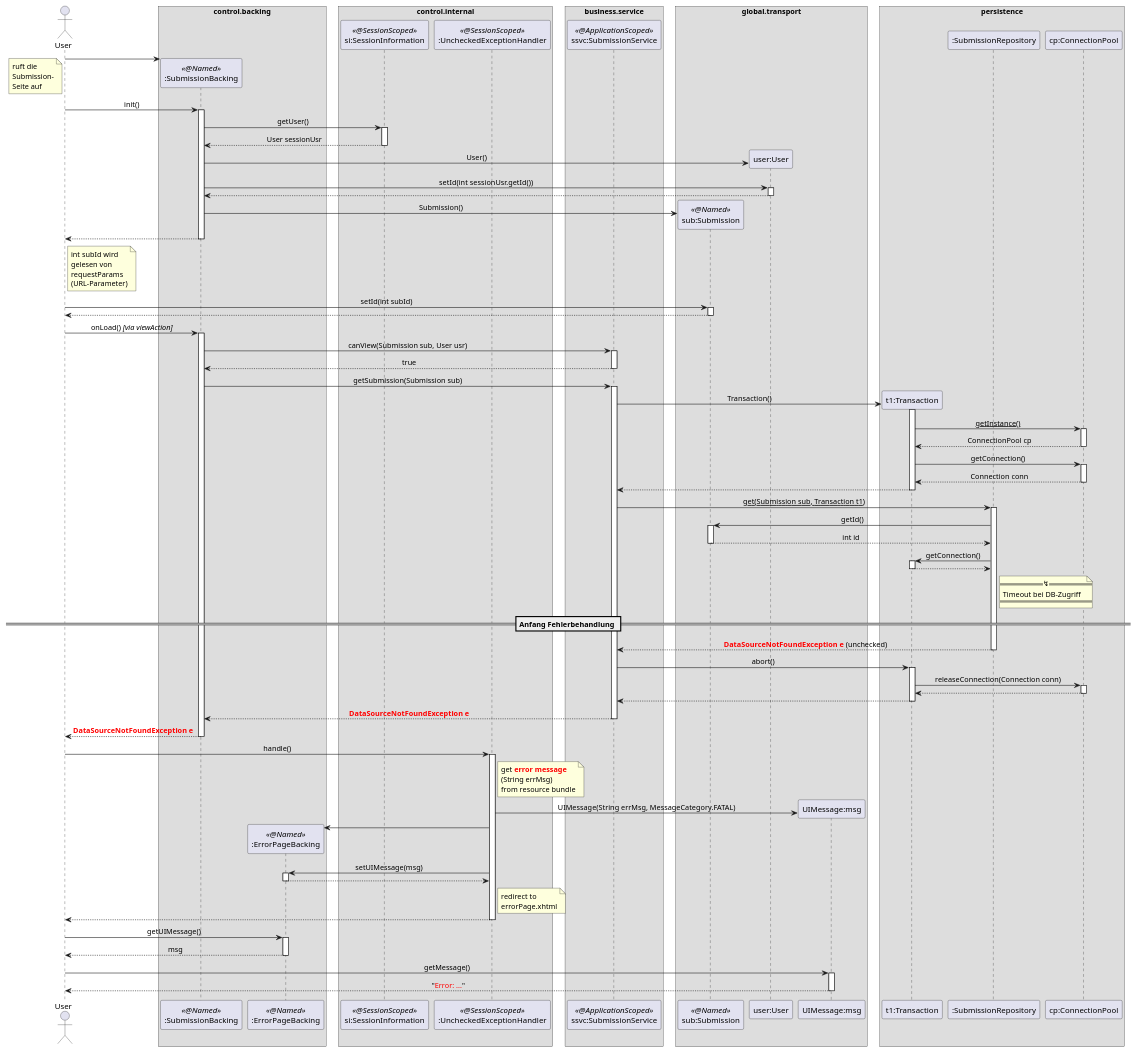
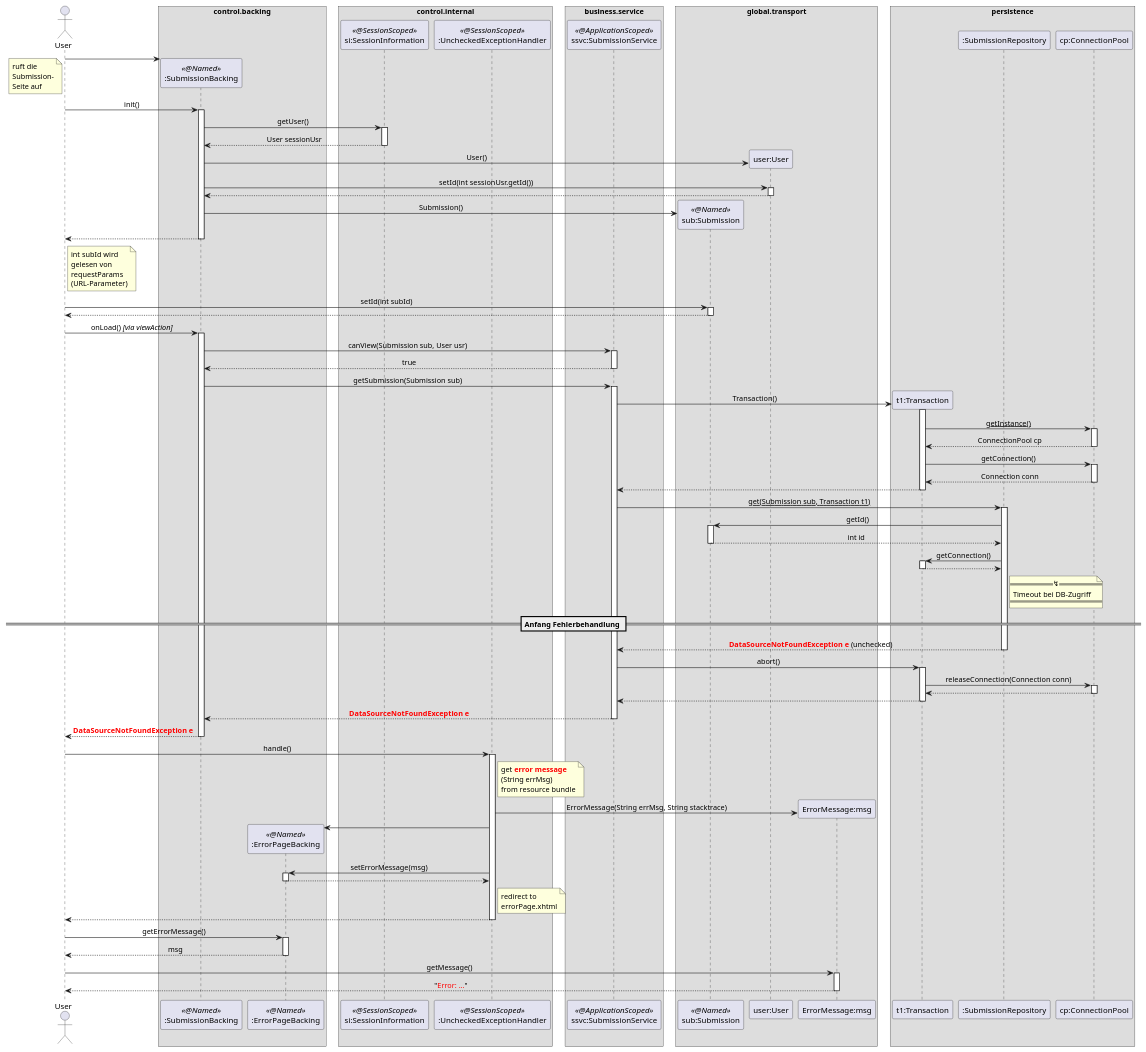
The diagram in docs/Feinspezi/puml/upload_revision_failure.puml (guersterst/LasEs), drawn with PlantUML before and after one commit.

Commit message:
UIMessage -> ErrorMessage

```diff
--- a/docs/Feinspezi/puml/upload_revision_failure.puml
+++ b/docs/Feinspezi/puml/upload_revision_failure.puml
@@ -1,138 +1,138 @@
 @startuml
 'https://plantuml.com/sequence-diagram
 
 '!theme aws-orange
 skinparam sequenceMessageAlign center
 skinparam BoxPadding 10
 'skinparam LifelineStrategy nosolid
 'autonumber
 'autoactivate on
 'hide footbox
 
 actor User as user
 
 box "control.backing"
     participant ":SubmissionBacking" as sb << @Named >>
     participant ":ErrorPageBacking" as epb << @Named >>
 end box
 'box "???"
 '    participant ":ResourceBundle" as rscBundle
 'end box
 box "control.internal"
     participant "si:SessionInformation" as si << @SessionScoped >>
     participant ":UncheckedExceptionHandler" as eh << @SessionScoped >>
 end box
 box "control.validation"
 end box
 box "business.service"
     participant "ssvc:SubmissionService" as ssvc << @ApplicationScoped >>
 end box
 box "global.transport"
     participant "sub:Submission" as sub << @Named >>
     participant "user:User" as usr
-    participant "UIMessage:msg" as msg
+    participant "ErrorMessage:msg" as msg
 end box
 box persistence
     participant "t1:Transaction" as t1
     participant ":SubmissionRepository" as sr
     participant "cp:ConnectionPool" as cp
 end box
 
 create sb
 user -> sb
 note left
     ruft die
     Submission-
     Seite auf
 end note
 user -> sb : init()
 activate sb
     sb -> si ++ : getUser()
     return User sessionUsr
     sb -> usr ** : User()
     sb -> usr ++ : setId(int sessionUsr.getId())
     return
     sb -> sub ** : Submission()
 return
 
 note right of user
     int subId wird
     gelesen von
     requestParams
     (URL-Parameter)
 end note
 user -> sub ++ : setId(int subId)
 return
 
 
 user -> sb ++ : onLoad() //[via viewAction]//
     sb -> ssvc ++ : canView(Submission sub, User usr)
     return true
 
     sb -> ssvc : getSubmission(Submission sub)
     activate ssvc
         ssvc -> t1 ** : Transaction()
         activate t1
             t1 -> cp : __getInstance()__
             activate cp
             return ConnectionPool cp
             t1 -> cp : getConnection()
             activate cp
             return Connection conn
         return
         ssvc -> sr : __get(Submission sub, Transaction t1)__
         activate sr
             sr -> sub : getId()
             activate sub
             return int id
             sr -> t1 ++ : getConnection()
             return
         note right of sr
         == ↯ ==
         Timeout bei DB-Zugriff
         ====
         end note
 
 == Anfang Fehlerbehandlung ==
         return <font color=red><b>DataSourceNotFoundException e</b></font> (unchecked)
 
         ssvc -> t1 ++ : abort()
             t1 -> cp ++ : releaseConnection(Connection conn)
             return
         return
 
     return <font color=red><b>DataSourceNotFoundException e
 return <font color=red><b>DataSourceNotFoundException e
 
 user -> eh ++ : handle()
     note right of eh
     get <font color=red><b>error</b></font> <font color=red><b>message</b></font>
     (String errMsg)
     from resource bundle
     end note
 
-    eh -> msg ** : UIMessage(String errMsg, MessageCategory.FATAL)
+    eh -> msg ** : ErrorMessage(String errMsg, String stacktrace)
 
     eh -> epb **
-    eh -> epb ++ : setUIMessage(msg)
+    eh -> epb ++ : setErrorMessage(msg)
     return
 
     note right of eh
     redirect to
     errorPage.xhtml
     end note
 
 return
 
-user -> epb ++ : getUIMessage()
+user -> epb ++ : getErrorMessage()
 return msg
 user -> msg ++ : getMessage()
 return "<font color=red>Error: ...</font>"
 
 'note left
 'Die Ablehnung war
 'nicht erfolgreich
 'end note
 
 
 @enduml
```
